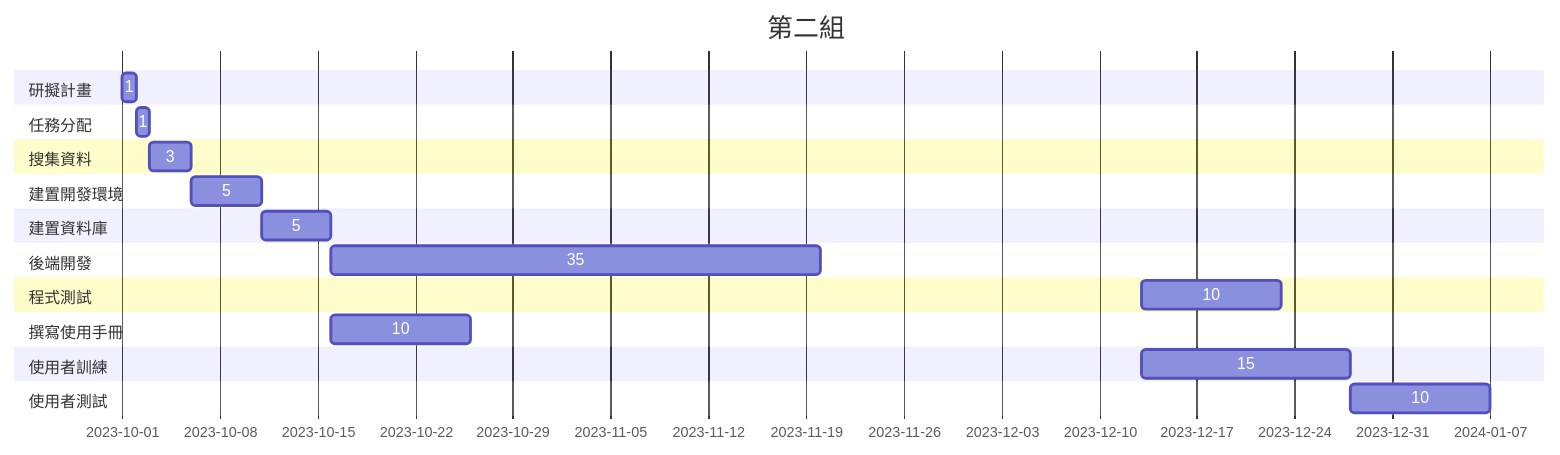
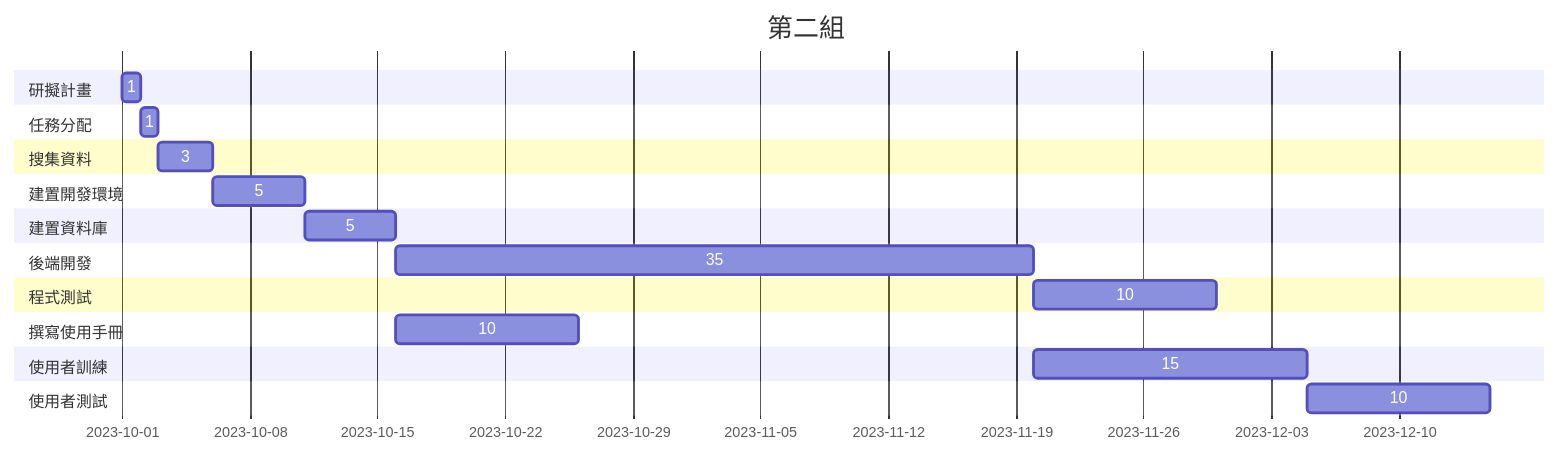
The diagram in README.md (xiaoxiaoxinx/C110118103), drawn with Mermaid before and after one commit.

````diff
--- a/README.md
+++ b/README.md
@@ -112,25 +112,25 @@
 ```mermaid
 gantt
     title 第二組
 
     section 研擬計畫
        1:a1, 2023-10-01,1d
     section 任務分配
        1:a2, after a1,1d
     section 搜集資料
        3:a3, after a2,3d
     section 建置開發環境
        5:a4, after a3,5d
     section 建置資料庫
        5:a5, after a4,5d
     section 後端開發
        35:a6, after a5,35d
     section 程式測試
-       10:a8, after a7,10d
+       10:a7, after a6,10d
     section 撰寫使用手冊
-       10:a9, after a5,10d
+       10:a8, after a5,10d
     section 使用者訓練
-       15:a10, after a7,15d
+       15:a9, after a6,15d
     section 使用者測試
-       10:a11, after a10,10d
+       10:a10, after a9,10d
 ```
````
